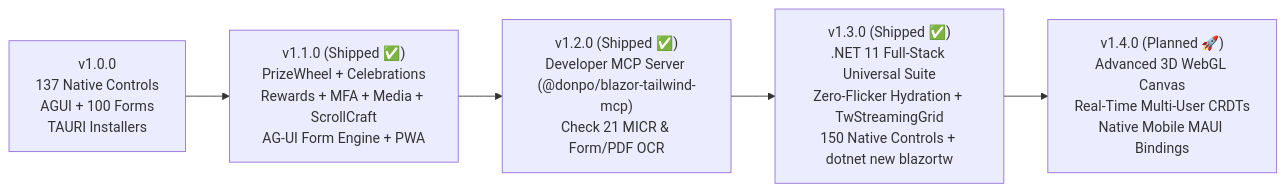
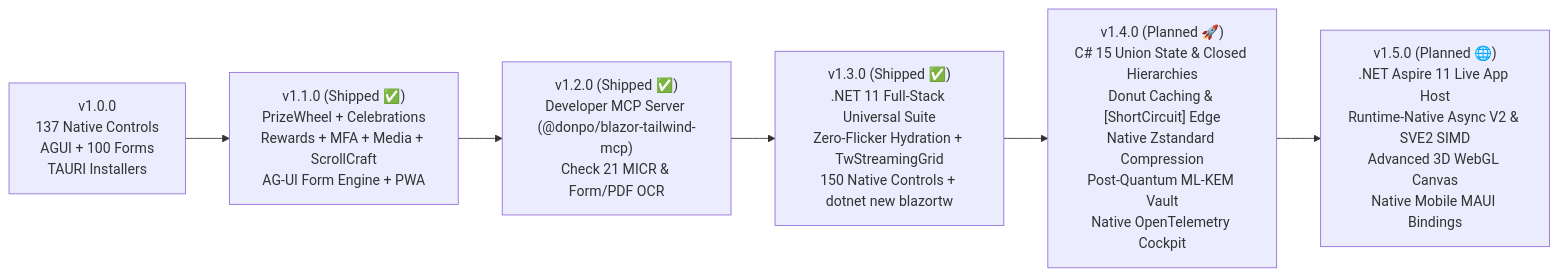
One commit to donpotts/BlazorTailwindUI changed the diagram in docs/ROADMAP.md. Above: the diagram before and after it, drawn with Mermaid. The commit also changed other lines of this file and 3 other files, not shown here.

Commit message:
docs(roadmap): expand .NET 11 and C# 15 pillars 12-18 (Unions, Donut Cache, Zstandard, PQC ML-KEM, OTel, Aspire, Native Async)

````diff
--- a/docs/ROADMAP.md
+++ b/docs/ROADMAP.md
@@ -275,7 +444,8 @@
 ```mermaid
 flowchart LR
     A["v1.0.0<br/>137 Native Controls<br/>AGUI + 100 Forms<br/>TAURI Installers"] --> B["v1.1.0 (Shipped ✅)<br/>PrizeWheel + Celebrations<br/>Rewards + MFA + Media + ScrollCraft<br/>AG-UI Form Engine + PWA"]
     B --> C["v1.2.0 (Shipped ✅)<br/>Developer MCP Server (@donpo/blazor-tailwind-mcp)<br/>Check 21 MICR & Form/PDF OCR"]
     C --> D["v1.3.0 (Shipped ✅)<br/>.NET 11 Full-Stack Universal Suite<br/>Zero-Flicker Hydration + TwStreamingGrid<br/>150 Native Controls + dotnet new blazortw"]
-    D --> E["v1.4.0 (Planned 🚀)<br/>Advanced 3D WebGL Canvas<br/>Real-Time Multi-User CRDTs<br/>Native Mobile MAUI Bindings"]
+    D --> E["v1.4.0 (Planned 🚀)<br/>C# 15 Union State & Closed Hierarchies<br/>Donut Caching & [ShortCircuit] Edge<br/>Native Zstandard Compression<br/>Post-Quantum ML-KEM Vault<br/>Native OpenTelemetry Cockpit"]
+    E --> F["v1.5.0 (Planned 🌐)<br/>.NET Aspire 11 Live App Host<br/>Runtime-Native Async V2 & SVE2 SIMD<br/>Advanced 3D WebGL Canvas<br/>Native Mobile MAUI Bindings"]
 ```
````
